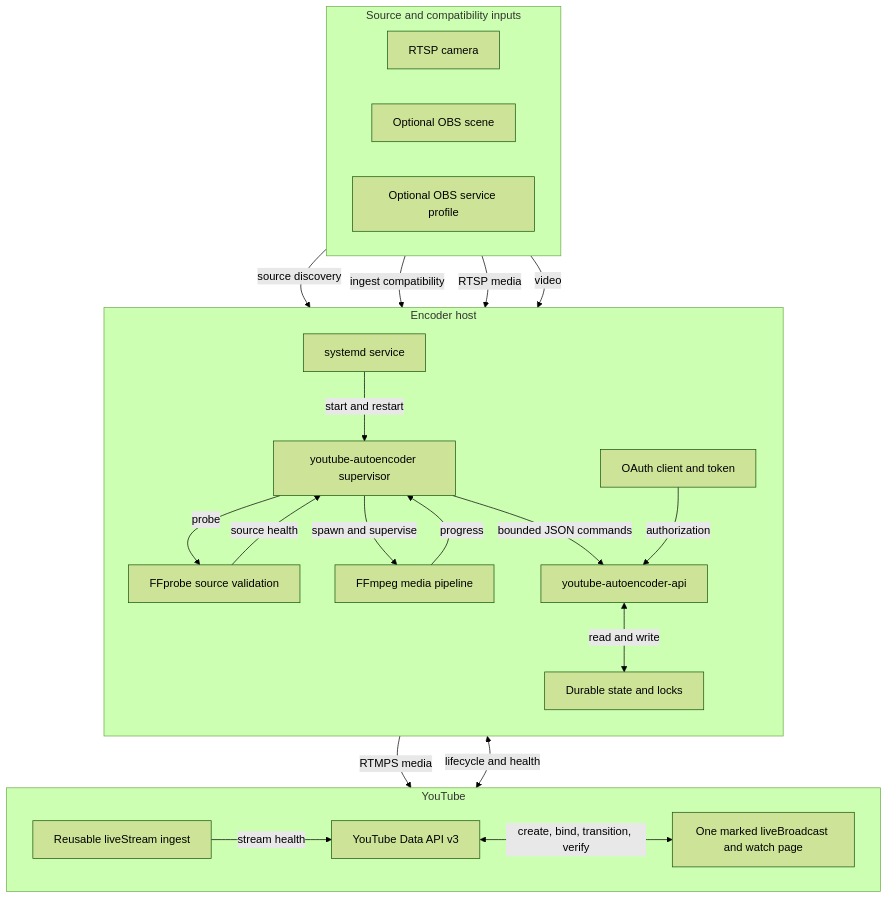
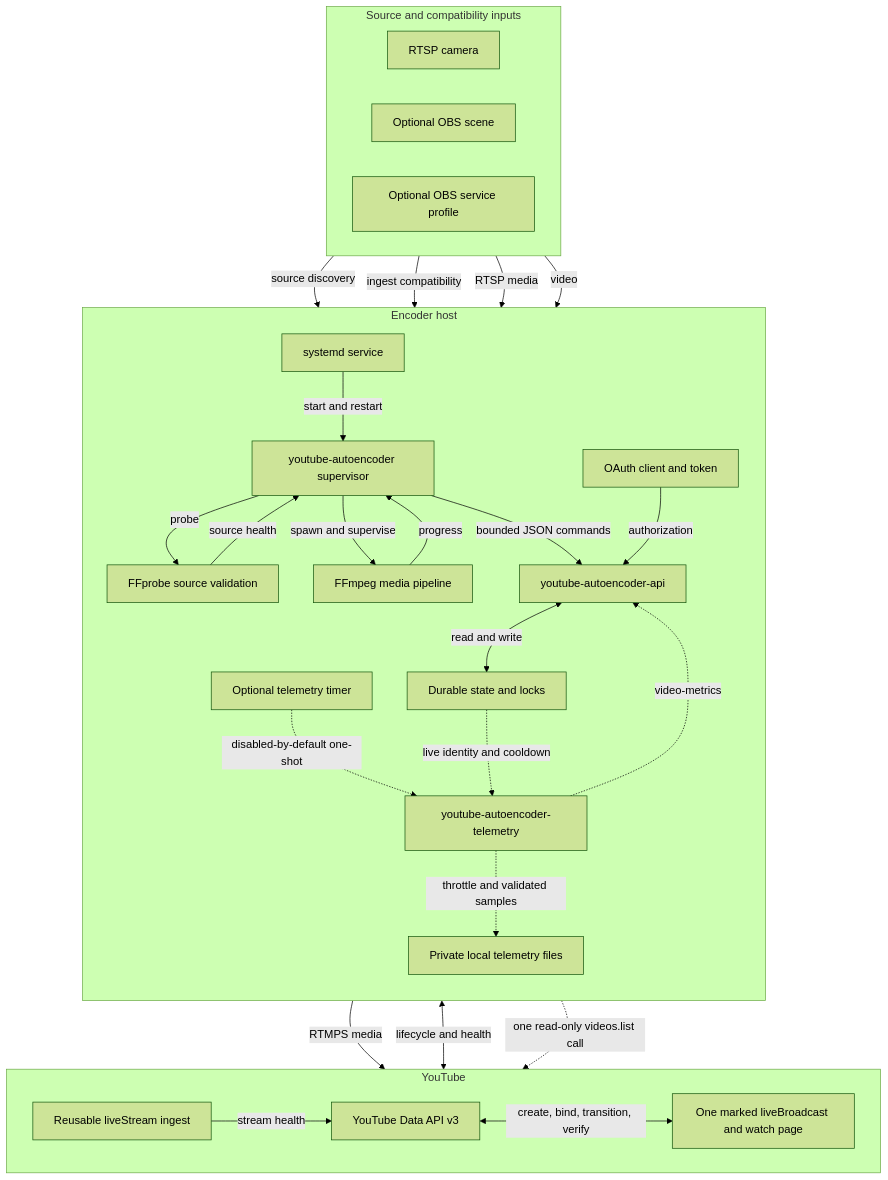
The first of 3 diagrams in docs/architecture-and-flows.md (sumitake/YouTube-AutoEncoder), drawn with Mermaid (forest theme) before and after one commit. The commit also changed other lines of this file and 15 other files, not shown here.

First line of the commit message:
Add opt-in quota-bounded video telemetry (#12)

````diff
--- a/docs/architecture-and-flows.md
+++ b/docs/architecture-and-flows.md
@@ -11,44 +11,52 @@
 ```mermaid
 flowchart TB
     subgraph ArchitectureInputs["Source and compatibility inputs"]
         direction LR
         Camera["RTSP camera"]
         ObsScene["Optional OBS scene"]
         ObsService["Optional OBS service profile"]
     end
 
     subgraph ArchitectureHost["Encoder host"]
         direction TB
         Systemd["systemd service"]
         Supervisor["youtube-autoencoder supervisor"]
         Probe["FFprobe source validation"]
         Encoder["FFmpeg media pipeline"]
         Helper["youtube-autoencoder-api"]
         State["Durable state and locks"]
         OAuth["OAuth client and token"]
+        TelemetryTimer["Optional telemetry timer"]
+        TelemetryCollector["youtube-autoencoder-telemetry"]
+        TelemetryFiles["Private local telemetry files"]
     end
 
     subgraph ArchitectureYouTube["YouTube"]
         direction LR
         Ingest["Reusable liveStream ingest"]
         Api["YouTube Data API v3"]
         Broadcast["One marked liveBroadcast and watch page"]
     end
 
     Systemd -->|"start and restart"| Supervisor
     ObsScene -->|"source discovery"| Supervisor
     ObsService -->|"ingest compatibility"| Supervisor
     Supervisor -->|"probe"| Probe
     Camera -->|"RTSP media"| Probe
     Probe -->|"source health"| Supervisor
     Supervisor -->|"spawn and supervise"| Encoder
     Camera -->|"video"| Encoder
     Encoder -->|"progress"| Supervisor
     Encoder -->|"RTMPS media"| Ingest
     Supervisor -->|"bounded JSON commands"| Helper
     Helper <-->|"read and write"| State
     OAuth -->|"authorization"| Helper
     Helper <-->|"lifecycle and health"| Api
     Ingest -->|"stream health"| Api
     Api <-->|"create, bind, transition, verify"| Broadcast
+    TelemetryTimer -.->|"disabled-by-default one-shot"| TelemetryCollector
+    State -.->|"live identity and cooldown"| TelemetryCollector
+    TelemetryCollector -.->|"video-metrics"| Helper
+    Helper -.->|"one read-only videos.list call"| Api
+    TelemetryCollector -.->|"throttle and validated samples"| TelemetryFiles
 ```
````
